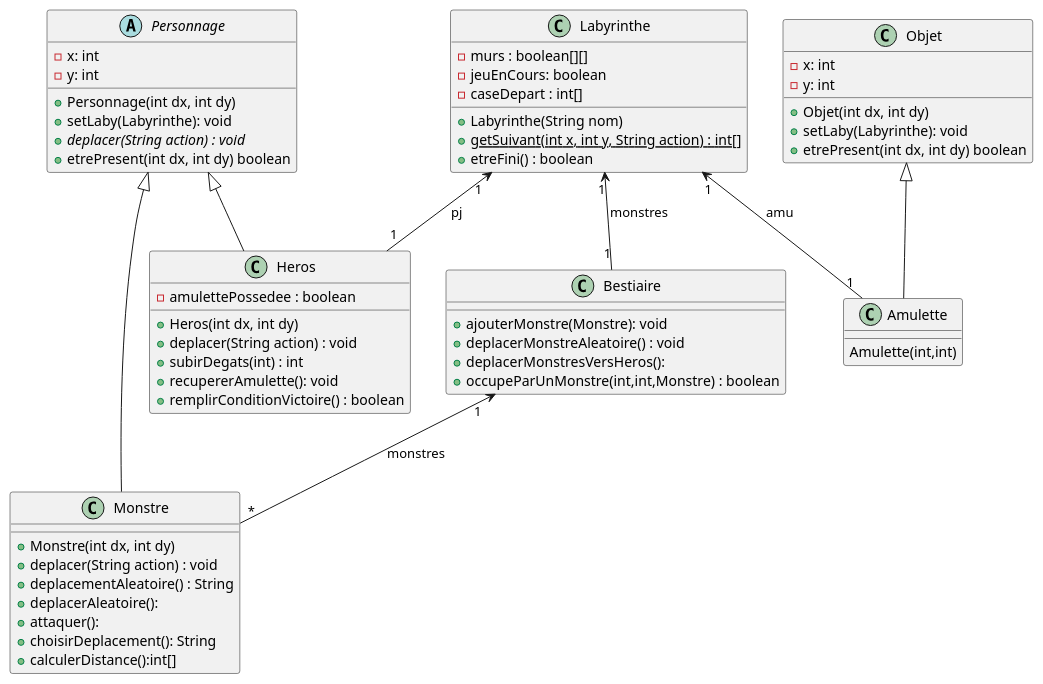
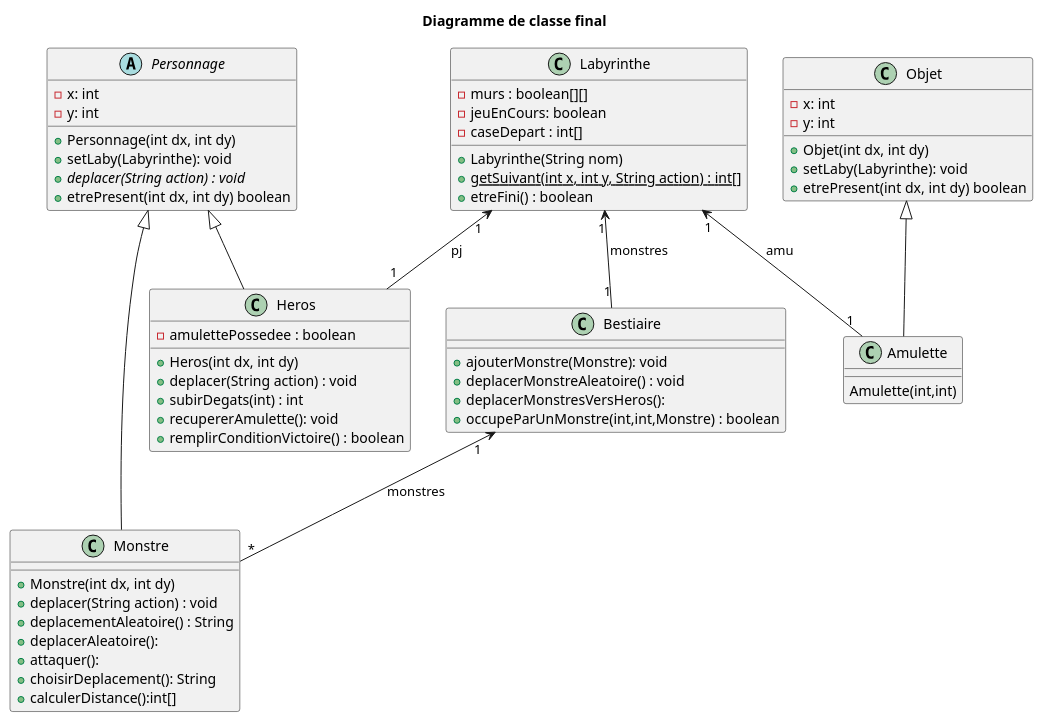
The diagram in documents/version_finale/DC_LabyFinal.puml (crochetremi/2025_Zeldiablo2_e20157u_e82008u_e89209u_e26078u), drawn with PlantUML before and after one commit. The commit also changed 4 other files, not shown here.

Commit message:
ajout des titres dans les diagrammes

```diff
--- a/documents/version_finale/DC_LabyFinal.puml
+++ b/documents/version_finale/DC_LabyFinal.puml
@@ -1,147 +1,147 @@
 @startuml
 
-
+title Diagramme de classe final
     /'interface Jeu {
             +update(double secondes, Clavier clavier) : void
             +init() : void
             +etreFini() : boolean
     }
 
     interface DessinJeu{
     +dessinerJeu(Jeu jeu, Canvas canvas) :
     }'/
 
     /'class Main {
         +{static} main(String[] args) : void
     }'/
 
     /'class MainLaby {
         +{static} main(String[] args) : void
     }'/
 
     /'class LabyJeu {
         '-laby : Labyrinthe
         -perso : Personnage
         -monstre : Personnage
         -LabyJeu():
         -LabyJeu(String):
         +update(double secondes, Clavier clavier) : void
         +init() : void
         +etreFini() : boolean
     }
 
     class LabyDessin {
         +dessinerJeu(Jeu jeu, Canvas canvas) : void
     }'/
 
     class Labyrinthe {
         /'
         +{static} MUR : char = 'X'
         +{static} PJ : char = 'P'
         +{static} M : char = 'M'
         +{static} VIDE : char = '.'
         +{static} HAUT : String = "Haut"
         +{static} BAS : String = "Bas"
         +{static} GAUCHE : String = "Gauche"
         +{static} DROITE : String = "Droite"
         '/
         -murs : boolean[][]
         -jeuEnCours: boolean
         -caseDepart : int[]
         +Labyrinthe(String nom)
         +{static} getSuivant(int x, int y, String action) : int[]
         +etreFini() : boolean
     }
 
         abstract class Personnage {
             -x: int
             -y: int
             +Personnage(int dx, int dy)
             +setLaby(Labyrinthe): void
             +{abstract} deplacer(String action) : void
             +etrePresent(int dx, int dy) boolean
         }
 
 
     class Heros {
         -amulettePossedee : boolean
         +Heros(int dx, int dy)
         +deplacer(String action) : void
         +subirDegats(int) : int
         +recupererAmulette(): void
         +remplirConditionVictoire() : boolean
     }
 
     class Monstre {
         +Monstre(int dx, int dy)
         +deplacer(String action) : void
         +deplacementAleatoire() : String
         +deplacerAleatoire():
         +attaquer():
         +choisirDeplacement(): String
         +calculerDistance():int[]
     }
 
     class Bestiaire{
         +ajouterMonstre(Monstre): void
         +deplacerMonstreAleatoire() : void
         +deplacerMonstresVersHeros():
         +occupeParUnMonstre(int,int,Monstre) : boolean
     }
 
 
     class Objet{
         -x: int
         -y: int
         +Objet(int dx, int dy)
         +setLaby(Labyrinthe): void
         +etrePresent(int dx, int dy) boolean
     }
 
     class Amulette{
         Amulette(int,int)
     }
 
 
 
 package "moteurJeu" {
     interface Jeu {
         +update(double secondes, Clavier clavier) : void
         +etreFini() : boolean
     }
 
     interface DessinJeu {
         +dessinerJeu(Jeu jeu, Canvas canvas) : void
     }
 
     class Clavier {
         +bas : boolean
         +haut : boolean
         +gauche : boolean
         +droite : boolean
     }
 
     class MoteurJeu {
         +{static} setTaille(int width, int height) : void
         +{static} setFPS(int fps) : void
         +{static} launch(Jeu jeu, DessinJeu dessin) : void
     }
 }
 
 remove moteurJeu
 
 
 /'Jeu <|.. LabyJeu
 DessinJeu <|.. LabyDessin'/
 
 Personnage <|-- Heros
 Personnage <|-- Monstre
 
 Labyrinthe "1" <-- "1" Heros : pj
 Labyrinthe "1" <-- "1" Bestiaire : monstres
 
 Bestiaire "1" <-- "*" Monstre : monstres
 
 Objet <|-- Amulette
 Labyrinthe "1" <-- "1" Amulette : amu
 @enduml
```
